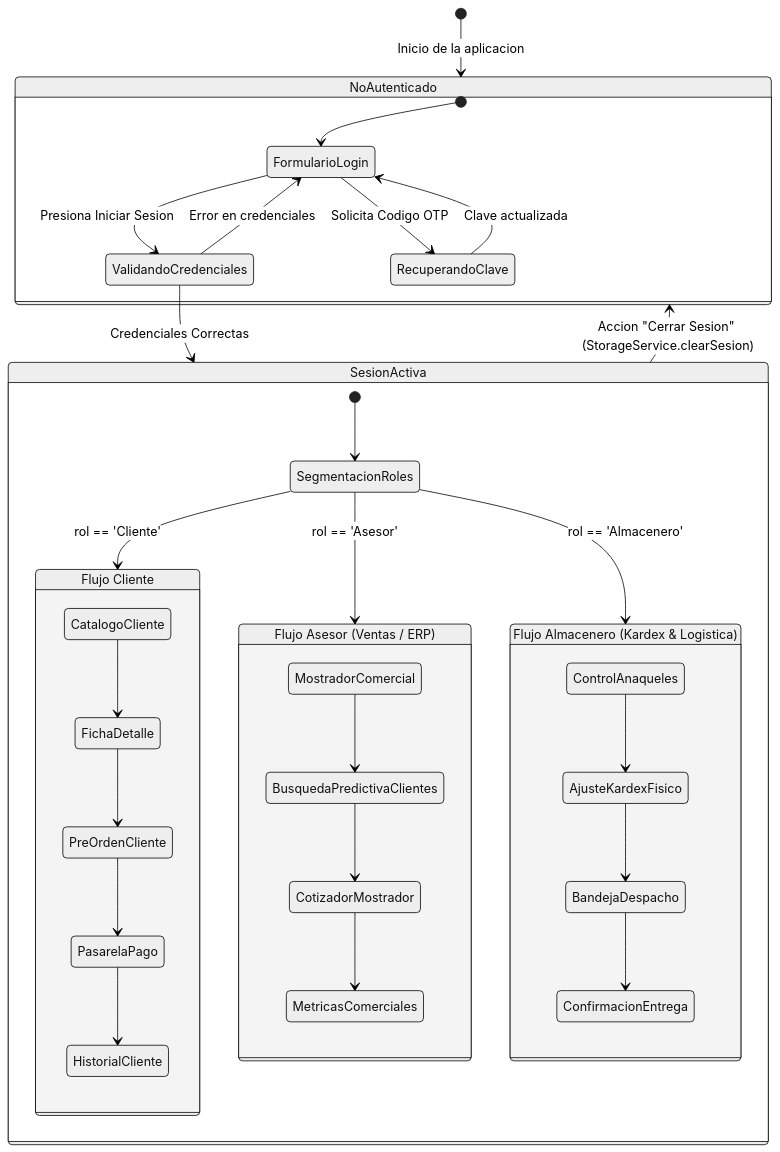
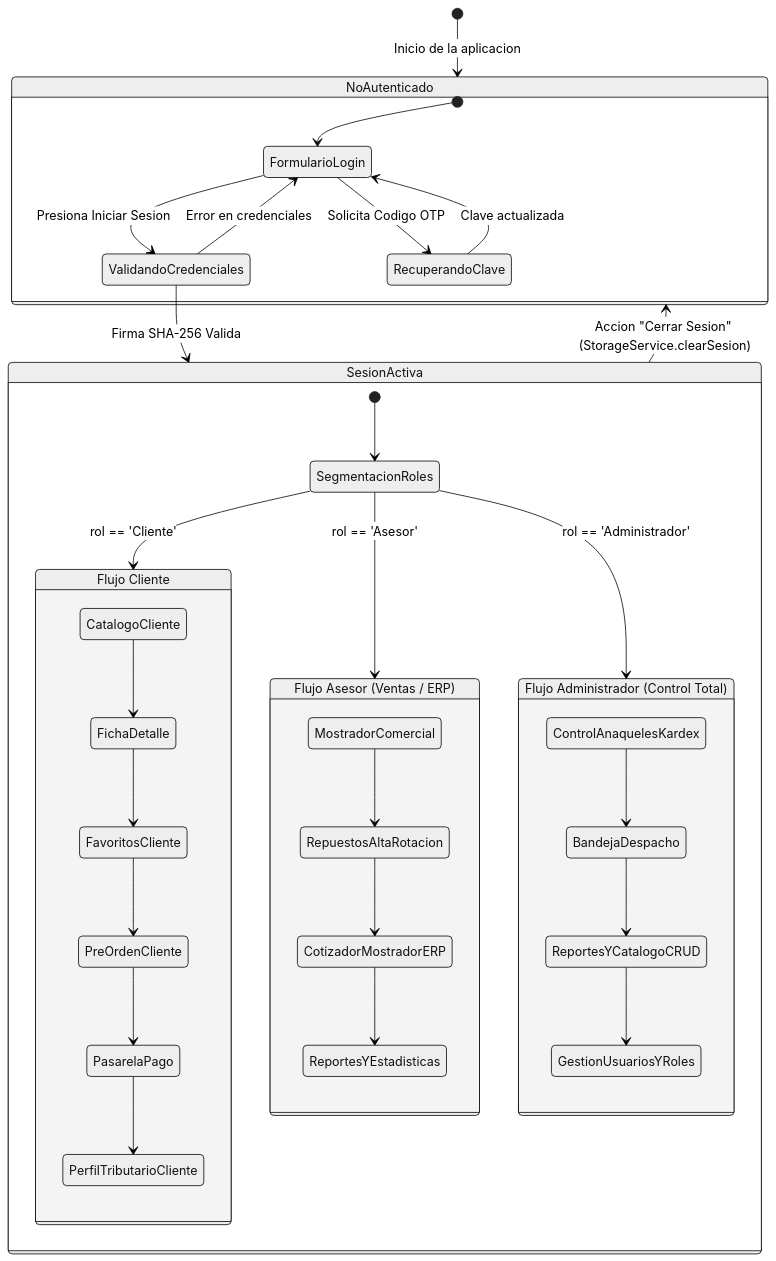
One commit to EduMoralesCar/HuriosRally-App changed the eighth of 9 diagrams in docs/diagramas_ingenieria.md. Above: the diagram before and after it, drawn with Mermaid (neutral theme). The commit also changed other lines of this file, not shown here.

Commit message:
docs(uml): actualizar diagramas de arquitectura SDK 58, rol Administrador y servicio criptografico SHA-256

````diff
--- a/docs/diagramas_ingenieria.md
+++ b/docs/diagramas_ingenieria.md
@@ -497,43 +535,44 @@
 ```mermaid
 stateDiagram-v2
   [*] --> NoAutenticado : Inicio de la aplicacion
 
   state NoAutenticado {
     [*] --> FormularioLogin
     FormularioLogin --> ValidandoCredenciales : Presiona Iniciar Sesion
     FormularioLogin --> RecuperandoClave : Solicita Codigo OTP
     RecuperandoClave --> FormularioLogin : Clave actualizada
     ValidandoCredenciales --> FormularioLogin : Error en credenciales
   }
 
-  ValidandoCredenciales --> SesionActiva : Credenciales Correctas
+  ValidandoCredenciales --> SesionActiva : Firma SHA-256 Valida
 
   state SesionActiva {
     [*] --> SegmentacionRoles
 
     state "Flujo Cliente" as RolCliente {
       CatalogoCliente --> FichaDetalle
-      FichaDetalle --> PreOrdenCliente
+      FichaDetalle --> FavoritosCliente
+      FavoritosCliente --> PreOrdenCliente
       PreOrdenCliente --> PasarelaPago
-      PasarelaPago --> HistorialCliente
+      PasarelaPago --> PerfilTributarioCliente
     }
 
     state "Flujo Asesor (Ventas / ERP)" as RolAsesor {
-      MostradorComercial --> BusquedaPredictivaClientes
-      BusquedaPredictivaClientes --> CotizadorMostrador
-      CotizadorMostrador --> MetricasComerciales
+      MostradorComercial --> RepuestosAltaRotacion
+      RepuestosAltaRotacion --> CotizadorMostradorERP
+      CotizadorMostradorERP --> ReportesYEstadisticas
     }
 
-    state "Flujo Almacenero (Kardex & Logistica)" as RolAlmacenero {
-      ControlAnaqueles --> AjusteKardexFisico
-      AjusteKardexFisico --> BandejaDespacho
-      BandejaDespacho --> ConfirmacionEntrega
+    state "Flujo Administrador (Control Total)" as RolAdministrador {
+      ControlAnaquelesKardex --> BandejaDespacho
+      BandejaDespacho --> ReportesYCatalogoCRUD
+      ReportesYCatalogoCRUD --> GestionUsuariosYRoles
     }
 
     SegmentacionRoles --> RolCliente : rol == 'Cliente'
     SegmentacionRoles --> RolAsesor : rol == 'Asesor'
-    SegmentacionRoles --> RolAlmacenero : rol == 'Almacenero'
+    SegmentacionRoles --> RolAdministrador : rol == 'Administrador'
   }
 
   SesionActiva --> NoAutenticado : Accion "Cerrar Sesion" (StorageService.clearSesion)
 ```
````
